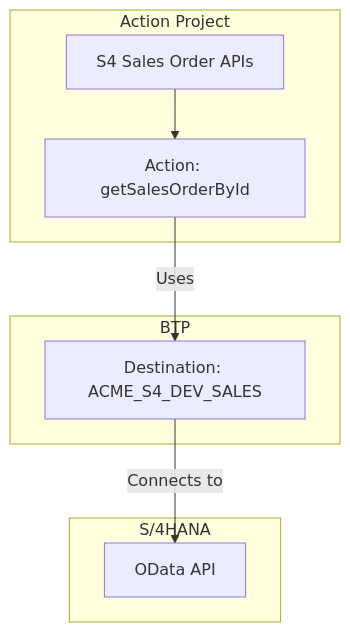
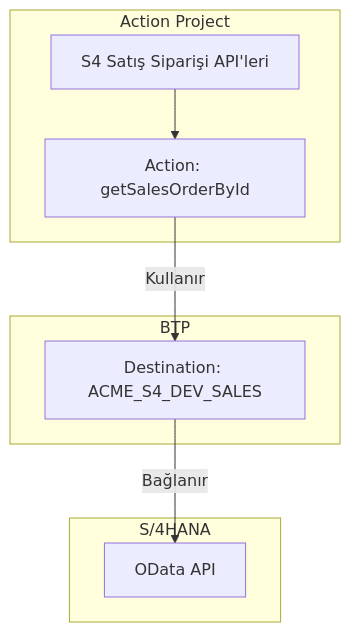
One commit to beyhanmeyrali/sap-all changed the fourth of 7 diagrams in Technical Tutorials/BTP/TR/chapters/09-first-joule-skill.md. Above: the diagram before and after it, drawn with Mermaid. The commit also changed other lines of this file and 11 other files, not shown here.

````diff
--- a/Technical Tutorials/BTP/TR/chapters/09-first-joule-skill.md
+++ b/Technical Tutorials/BTP/TR/chapters/09-first-joule-skill.md
@@ -272,19 +272,19 @@
 ```mermaid
 flowchart TD
     subgraph "Action Project"
-        AP[S4 Sales Order APIs]
+        AP[S4 Satış Siparişi API'leri]
         ACT[Action: getSalesOrderById]
     end
 
     subgraph "BTP"
         DEST[Destination: ACME_S4_DEV_SALES]
     end
 
     subgraph "S/4HANA"
         API[OData API]
     end
 
     AP --> ACT
-    ACT --> |"Uses"| DEST
-    DEST --> |"Connects to"| API
+    ACT --> |"Kullanır"| DEST
+    DEST --> |"Bağlanır"| API
 ```
````
